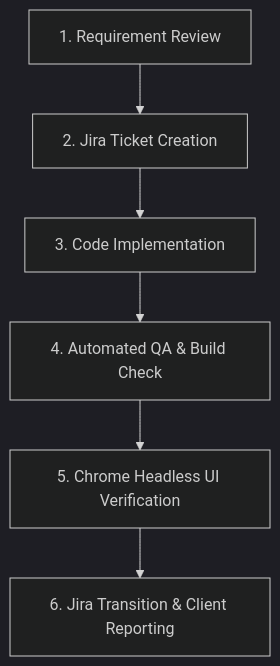
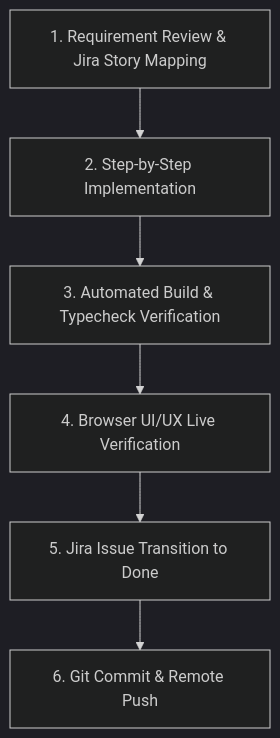
One commit to bhasker0/OPS changed the diagram in AGENTS_AND_METHODS.md. Above: the diagram before and after it, drawn with Mermaid (dark theme). The commit also changed other lines of this file and 44 other files, not shown here.

Commit message:
feat(ops-superadmin): update architecture documentation and sprint standard for SCRUM-154 through SCRUM-160

````diff
--- a/AGENTS_AND_METHODS.md
+++ b/AGENTS_AND_METHODS.md
@@ -21,8 +60,8 @@
 ```mermaid
 graph TD
-    A[1. Requirement Review] --> B[2. Jira Ticket Creation]
-    B --> C[3. Code Implementation]
-    C --> D[4. Automated QA & Build Check]
-    D --> E[5. Chrome Headless UI Verification]
-    E --> F[6. Jira Transition & Client Reporting]
+    A[1. Requirement Review & Jira Story Mapping] --> B[2. Step-by-Step Implementation]
+    B --> C[3. Automated Build & Typecheck Verification]
+    C --> D[4. Browser UI/UX Live Verification]
+    D --> E[5. Jira Issue Transition to Done]
+    E --> F[6. Git Commit & Remote Push]
 ```
````
